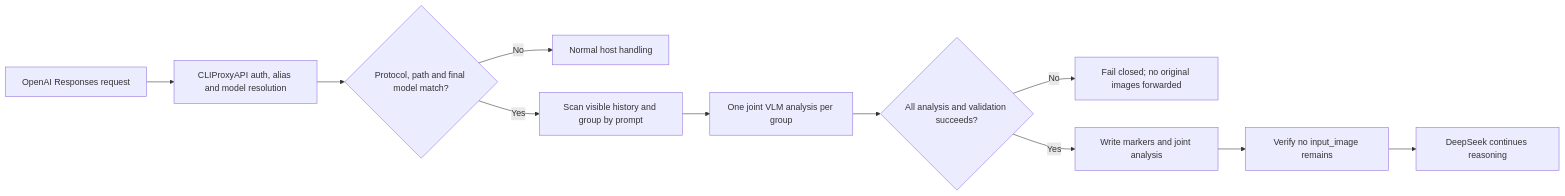
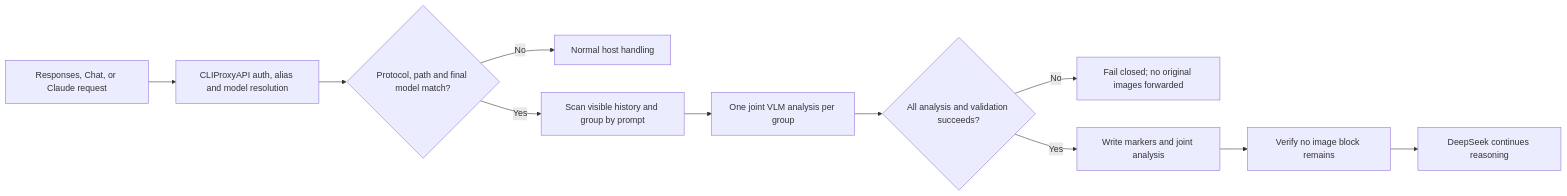
One commit to Eostrehold/Plugin-Deepseek-Vision changed the diagram in README_EN.md. Above: the diagram before and after it, drawn with Mermaid. The commit also changed other lines of this file and 21 other files, not shown here.

````diff
--- a/README_EN.md
+++ b/README_EN.md
@@ -61,13 +62,13 @@
 ```mermaid
 flowchart LR
-    A["OpenAI Responses request"] --> B["CLIProxyAPI auth, alias and model resolution"]
+    A["Responses, Chat, or Claude request"] --> B["CLIProxyAPI auth, alias and model resolution"]
     B --> C{"Protocol, path and final model match?"}
     C -- "No" --> D["Normal host handling"]
     C -- "Yes" --> E["Scan visible history and group by prompt"]
     E --> F["One joint VLM analysis per group"]
     F --> G{"All analysis and validation succeeds?"}
     G -- "No" --> H["Fail closed; no original images forwarded"]
     G -- "Yes" --> I["Write markers and joint analysis"]
-    I --> J["Verify no input_image remains"]
+    I --> J["Verify no image block remains"]
     J --> K["DeepSeek continues reasoning"]
 ```
````
